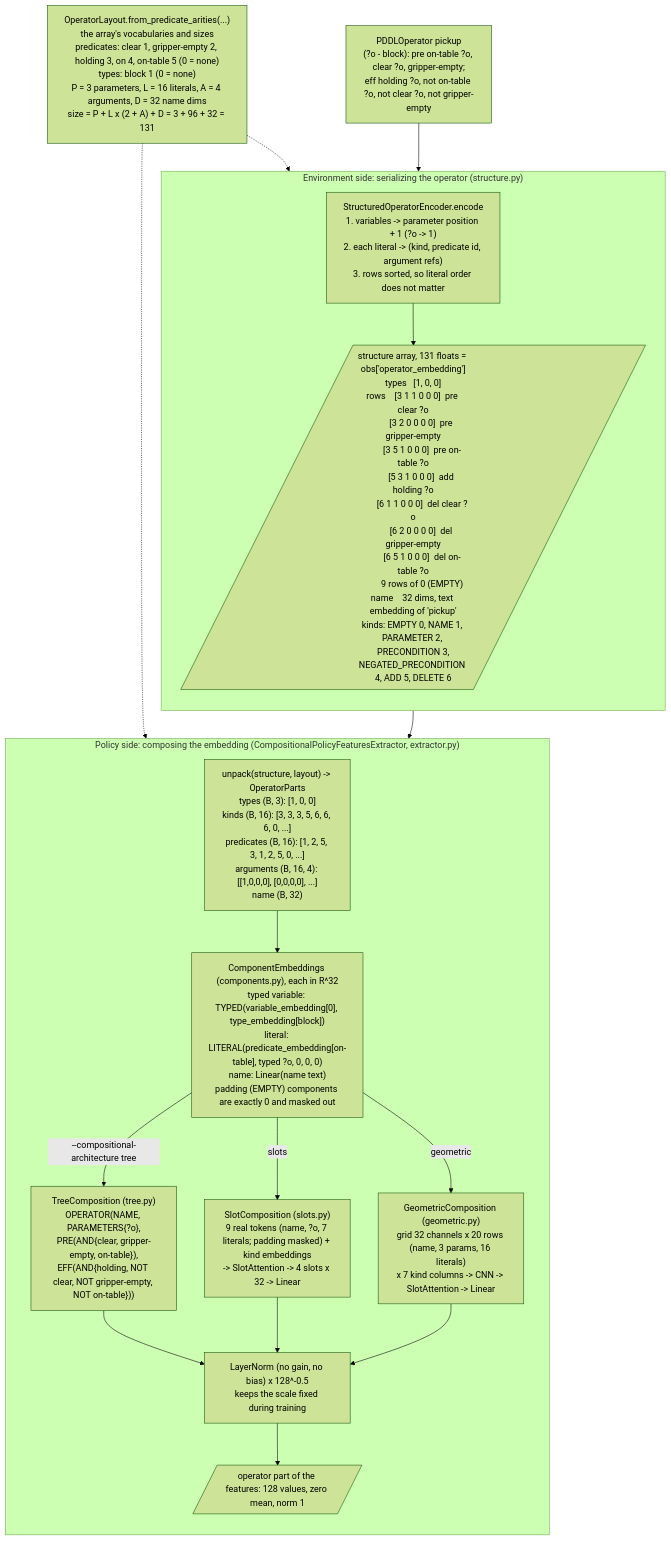
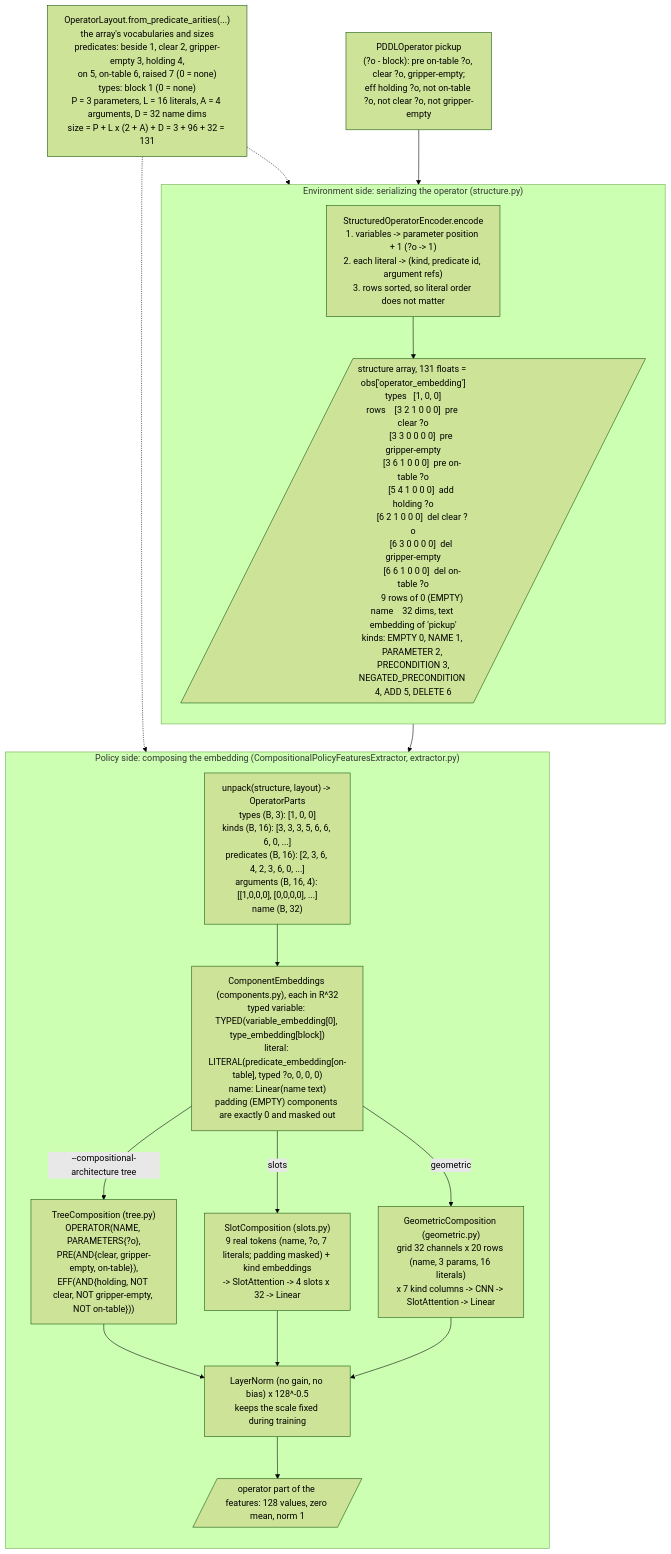
Before and after one commit to carwyn987/compositional_action_models: the second of 2 diagrams in docs/operator_embeddings.md, drawn with Mermaid (forest theme). The commit also changed other lines of this file and 23 other files, not shown here.

````diff
--- a/docs/operator_embeddings.md
+++ b/docs/operator_embeddings.md
@@ -84,34 +84,34 @@
 ```mermaid
 flowchart TB
-    config["OperatorLayout.from_predicate_arities(...)<br/>the array's vocabularies and sizes<br/>predicates: clear 1, gripper-empty 2, holding 3, on 4, on-table 5 (0 = none)<br/>types: block 1 (0 = none)<br/>P = 3 parameters, L = 16 literals, A = 4 arguments, D = 32 name dims<br/>size = P + L x (2 + A) + D = 3 + 96 + 32 = 131"]
+    config["OperatorLayout.from_predicate_arities(...)<br/>the array's vocabularies and sizes<br/>predicates: beside 1, clear 2, gripper-empty 3, holding 4,<br/>on 5, on-table 6, raised 7 (0 = none)<br/>types: block 1 (0 = none)<br/>P = 3 parameters, L = 16 literals, A = 4 arguments, D = 32 name dims<br/>size = P + L x (2 + A) + D = 3 + 96 + 32 = 131"]
 
     op["PDDLOperator pickup<br/>(?o - block): pre on-table ?o, clear ?o, gripper-empty;<br/>eff holding ?o, not on-table ?o, not clear ?o, not gripper-empty"]
 
     subgraph env["Environment side: serializing the operator (structure.py)"]
         direction TB
         encoder["StructuredOperatorEncoder.encode<br/>1. variables -> parameter position + 1 (?o -> 1)<br/>2. each literal -> (kind, predicate id, argument refs)<br/>3. rows sorted, so literal order does not matter"]
-        array[/"structure array, 131 floats = obs['operator_embedding']<br/>types   [1, 0, 0]<br/>rows    [3 1 1 0 0 0]  pre clear ?o<br/>        [3 2 0 0 0 0]  pre gripper-empty<br/>        [3 5 1 0 0 0]  pre on-table ?o<br/>        [5 3 1 0 0 0]  add holding ?o<br/>        [6 1 1 0 0 0]  del clear ?o<br/>        [6 2 0 0 0 0]  del gripper-empty<br/>        [6 5 1 0 0 0]  del on-table ?o<br/>        9 rows of 0 (EMPTY)<br/>name    32 dims, text embedding of 'pickup'<br/>kinds: EMPTY 0, NAME 1, PARAMETER 2, PRECONDITION 3,<br/>NEGATED_PRECONDITION 4, ADD 5, DELETE 6"/]
+        array[/"structure array, 131 floats = obs['operator_embedding']<br/>types   [1, 0, 0]<br/>rows    [3 2 1 0 0 0]  pre clear ?o<br/>        [3 3 0 0 0 0]  pre gripper-empty<br/>        [3 6 1 0 0 0]  pre on-table ?o<br/>        [5 4 1 0 0 0]  add holding ?o<br/>        [6 2 1 0 0 0]  del clear ?o<br/>        [6 3 0 0 0 0]  del gripper-empty<br/>        [6 6 1 0 0 0]  del on-table ?o<br/>        9 rows of 0 (EMPTY)<br/>name    32 dims, text embedding of 'pickup'<br/>kinds: EMPTY 0, NAME 1, PARAMETER 2, PRECONDITION 3,<br/>NEGATED_PRECONDITION 4, ADD 5, DELETE 6"/]
     end
 
     subgraph pol["Policy side: composing the embedding (CompositionalPolicyFeaturesExtractor, extractor.py)"]
         direction TB
-        unpack["unpack(structure, layout) -> OperatorParts<br/>types (B, 3): [1, 0, 0]<br/>kinds (B, 16): [3, 3, 3, 5, 6, 6, 6, 0, ...]<br/>predicates (B, 16): [1, 2, 5, 3, 1, 2, 5, 0, ...]<br/>arguments (B, 16, 4): [[1,0,0,0], [0,0,0,0], ...]<br/>name (B, 32)"]
+        unpack["unpack(structure, layout) -> OperatorParts<br/>types (B, 3): [1, 0, 0]<br/>kinds (B, 16): [3, 3, 3, 5, 6, 6, 6, 0, ...]<br/>predicates (B, 16): [2, 3, 6, 4, 2, 3, 6, 0, ...]<br/>arguments (B, 16, 4): [[1,0,0,0], [0,0,0,0], ...]<br/>name (B, 32)"]
         components["ComponentEmbeddings (components.py), each in R^32<br/>typed variable: TYPED(variable_embedding[0], type_embedding[block])<br/>literal: LITERAL(predicate_embedding[on-table], typed ?o, 0, 0, 0)<br/>name: Linear(name text)<br/>padding (EMPTY) components are exactly 0 and masked out"]
         tree["TreeComposition (tree.py)<br/>OPERATOR(NAME, PARAMETERS{?o},<br/>PRE(AND{clear, gripper-empty, on-table}),<br/>EFF(AND{holding, NOT clear, NOT gripper-empty, NOT on-table}))"]
         slots["SlotComposition (slots.py)<br/>9 real tokens (name, ?o, 7 literals; padding masked) + kind embeddings<br/>-> SlotAttention -> 4 slots x 32 -> Linear"]
         geometric["GeometricComposition (geometric.py)<br/>grid 32 channels x 20 rows (name, 3 params, 16 literals)<br/>x 7 kind columns -> CNN -> SlotAttention -> Linear"]
         norm["LayerNorm (no gain, no bias) x 128^-0.5<br/>keeps the scale fixed during training"]
         out[/"operator part of the features: 128 values, zero mean, norm 1"/]
     end
 
     config -.-> encoder
     config -.-> unpack
     op --> encoder --> array --> unpack --> components
     components -- "--compositional-architecture tree" --> tree
     components -- "slots" --> slots
     components -- "geometric" --> geometric
     tree --> norm
     slots --> norm
     geometric --> norm
     norm --> out
 ```
````
